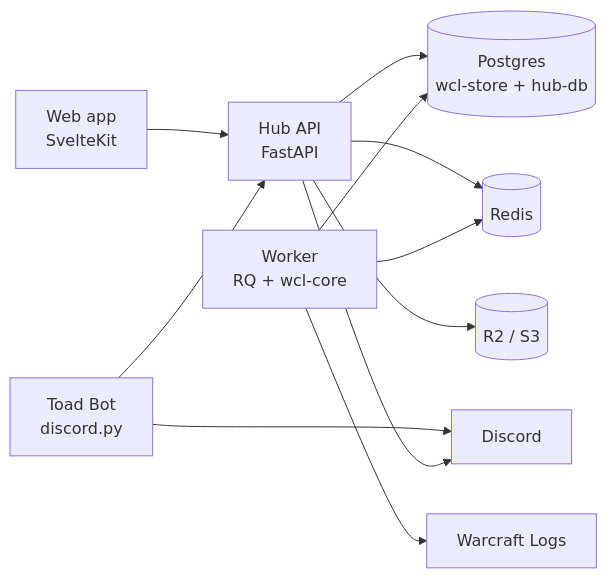
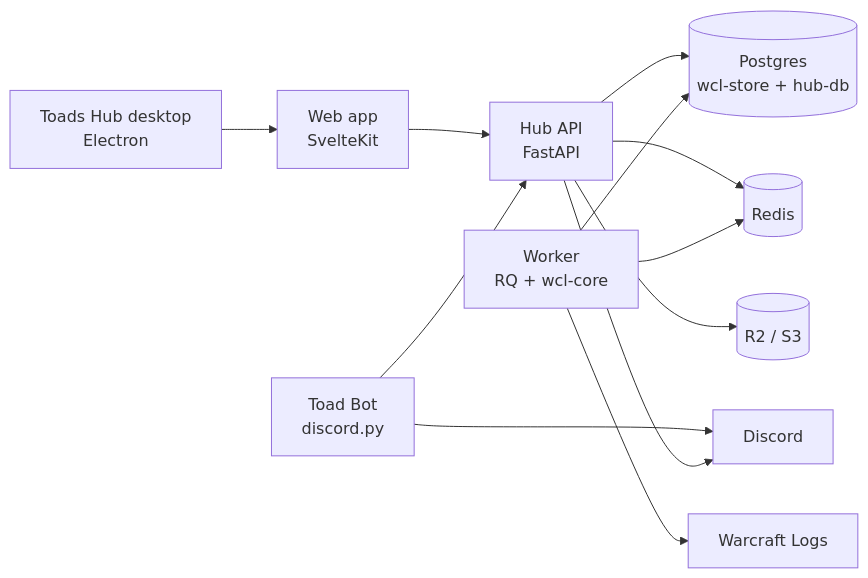
Before and after one commit to lgriffin/toads: the diagram in README.md, drawn with Mermaid. The commit also changed other lines of this file and 40 other files, not shown here.

First line of the commit message:
Add the officers' desktop app: the hub in an Electron window (REQ-HUB-APP-001..005)

````diff
--- a/README.md
+++ b/README.md
@@ -10,13 +10,14 @@
 ```mermaid
 flowchart LR
+  desktop[Toads Hub desktop<br/>Electron] --> web
   web[Web app<br/>SvelteKit] --> api[Hub API<br/>FastAPI]
   api --> pg[(Postgres<br/>wcl-store + hub-db)]
   api --> redis[(Redis)]
   api --> s3[(R2 / S3)]
   worker[Worker<br/>RQ + wcl-core] --> wcl[Warcraft Logs]
   worker --> pg
   worker --> redis
   bot[Toad Bot<br/>discord.py] --> api
   bot --> discord[Discord]
   api --> discord
 ```
````
